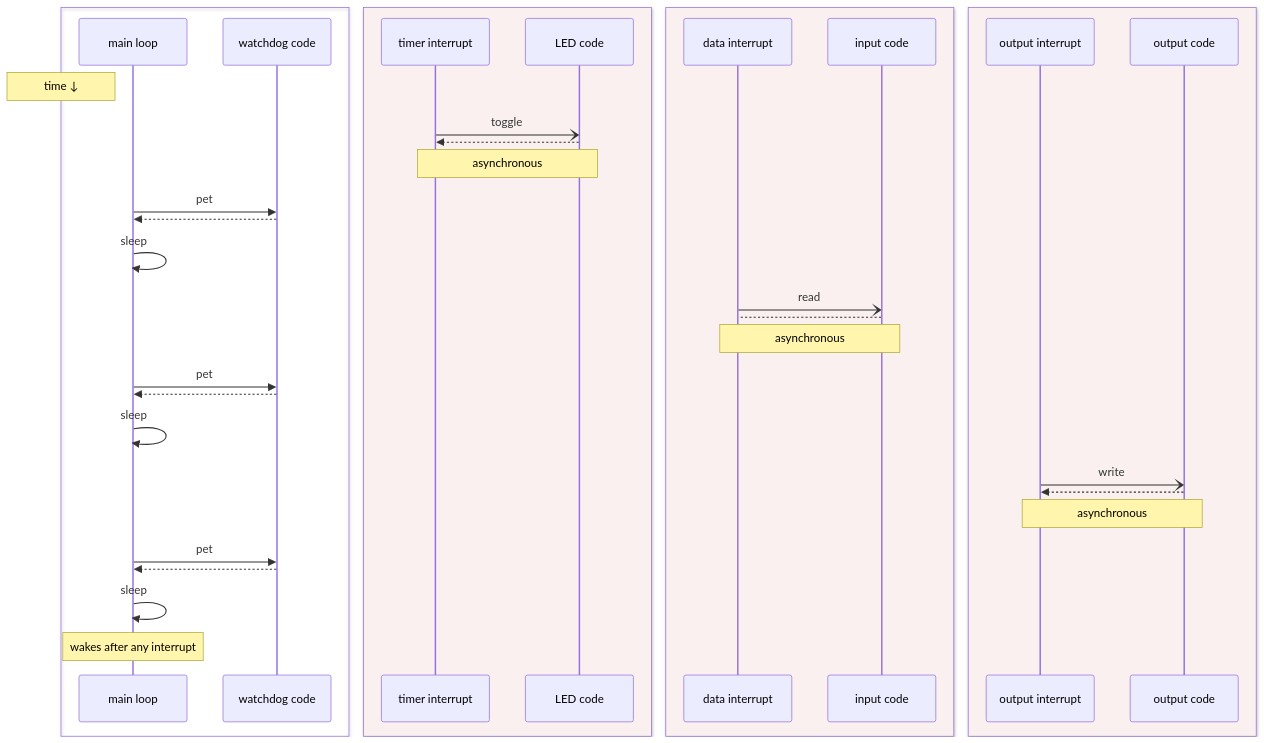
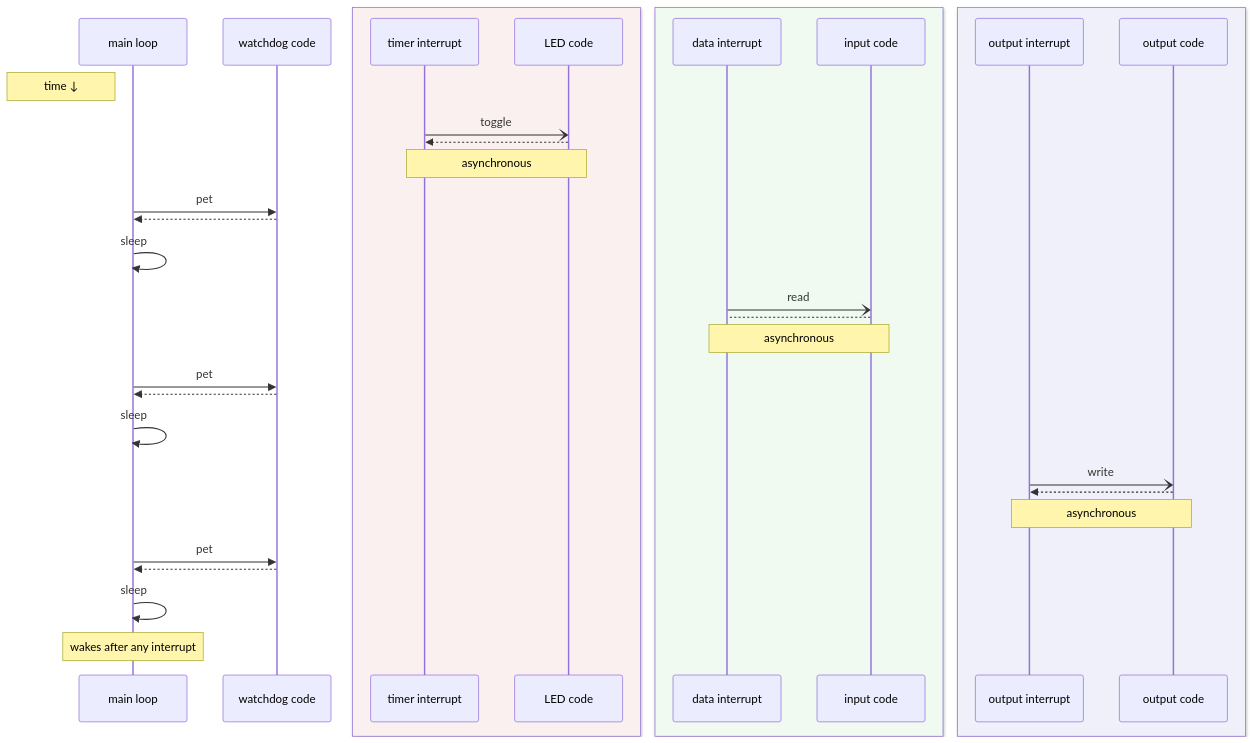
Before and after one commit to eleciawhite/making-embedded-systems: the fourth of 7 diagrams in Ch06_Flow/MainLoopDiagrams.md, drawn with Mermaid. The commit also changed other lines of this file and 2 other files, not shown here.

Commit message:
Tidying diagrams from the book

````diff
--- a/Ch06_Flow/MainLoopDiagrams.md
+++ b/Ch06_Flow/MainLoopDiagrams.md
@@ -86,40 +86,37 @@
 ```mermaid
-%% Main 4: Interrupts do everything
 sequenceDiagram
-    box
     participant main as main loop
     participant watchdog as watchdog code
-    end
     box rgb(250,240,240)
     participant timer as timer interrupt
     participant LED as LED code
     end
-    box rgb(250,240,240)
+    box rgb(240,250,240)
     participant dataAvail as data interrupt
     participant inputs as input code
     end
-    box rgb(250,240,240)
+    box rgb(240,240,250)
     participant outputReady as output interrupt
     participant outputs as output code
     end
     Note left of main: time ↓
     timer-)LED:toggle
     LED-->>timer: 
     Note over timer,LED: asynchronous
     main->>watchdog:pet
     watchdog-->>main: 
     main->>main:sleep
     dataAvail-)inputs:read
     inputs-->dataAvail: 
     Note over dataAvail,inputs: asynchronous
     main->>watchdog:pet
     watchdog-->>main: 
     main->>main:sleep
     outputReady-)outputs:write
     outputs-->>outputReady: 
     Note over outputReady,outputs: asynchronous
     main->>watchdog:pet
     watchdog-->>main: 
     main->>main:sleep
     Note over main: wakes after any interrupt
 ```
````
